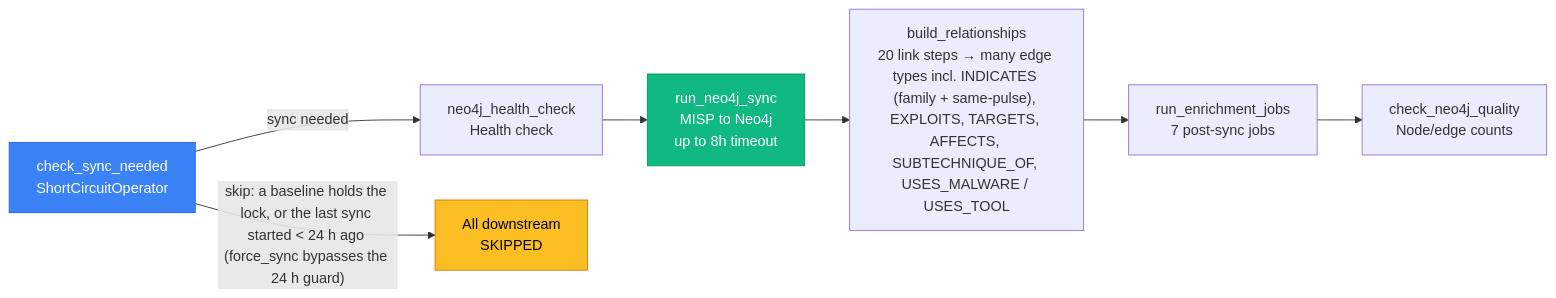
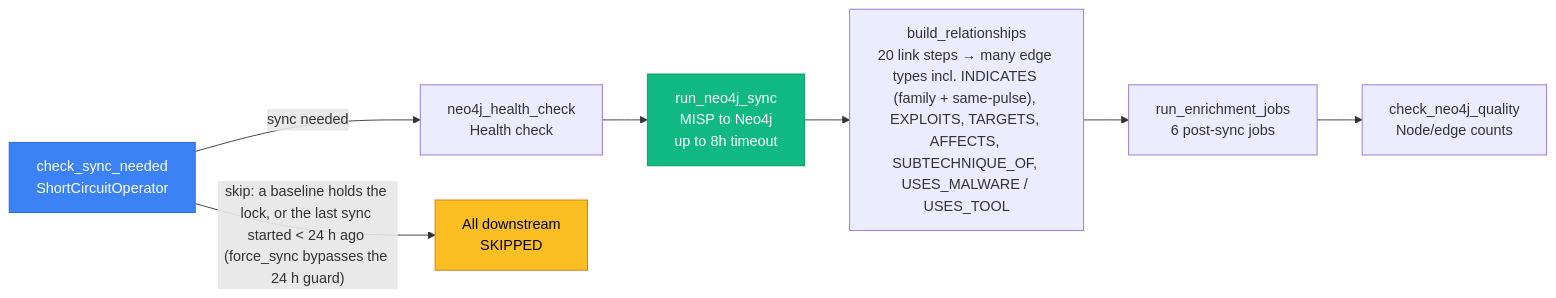
Before and after one commit to Kopanov/EdgeGuard-Knowledge-Graph: the fifth of 8 diagrams in docs/ARCHITECTURE_DIAGRAMS.md, drawn with Mermaid. The commit also changed other lines of this file and 1 other file, not shown here.

Commit message:
docs: align the checklist item, validation queries and job count with the removals
README links the fresh-baseline launch order and the MISP import rule
to BASELINE_LAUNCH_CHECKLIST § [6] (the checklist has no item [7] since
the unicode audit item was removed), and Step 4 runs the four post-run
validation queries of the runbook, of which a non-zero on #1-#3 is a
regression. The § 5 sync task chain of ARCHITECTURE_DIAGRAMS shows six
post-sync jobs. The History lines of both documents record the changes.

````diff
--- a/docs/ARCHITECTURE_DIAGRAMS.md
+++ b/docs/ARCHITECTURE_DIAGRAMS.md
@@ -212,14 +212,14 @@
 ```mermaid
 flowchart LR
     A[check_sync_needed<br/>ShortCircuitOperator] -->|sync needed| B[neo4j_health_check<br/>Health check]
     B --> C[run_neo4j_sync<br/>MISP to Neo4j<br/>up to 8h timeout]
     C --> D["build_relationships<br/>20 link steps → many edge types incl. INDICATES (family + same-pulse), EXPLOITS, TARGETS, AFFECTS, SUBTECHNIQUE_OF, USES_MALWARE / USES_TOOL"]
-    D --> E[run_enrichment_jobs<br/>7 post-sync jobs]
+    D --> E[run_enrichment_jobs<br/>6 post-sync jobs]
     E --> F[check_neo4j_quality<br/>Node/edge counts]
 
     A -->|"skip: a baseline holds the lock, or the last sync started < 24 h ago (force_sync bypasses the 24 h guard)"| SKIP[All downstream<br/>SKIPPED]
 
     style SKIP fill:#fbbf24,stroke:#d97706,color:#000
     style A fill:#3b82f6,stroke:#2563eb,color:#fff
     style C fill:#10b981,stroke:#059669,color:#fff
 ```
````
